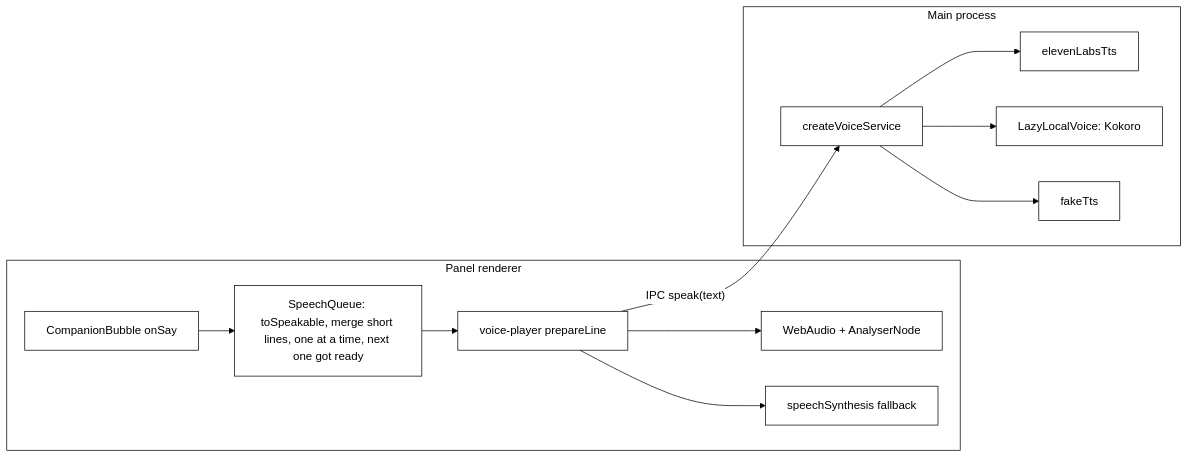
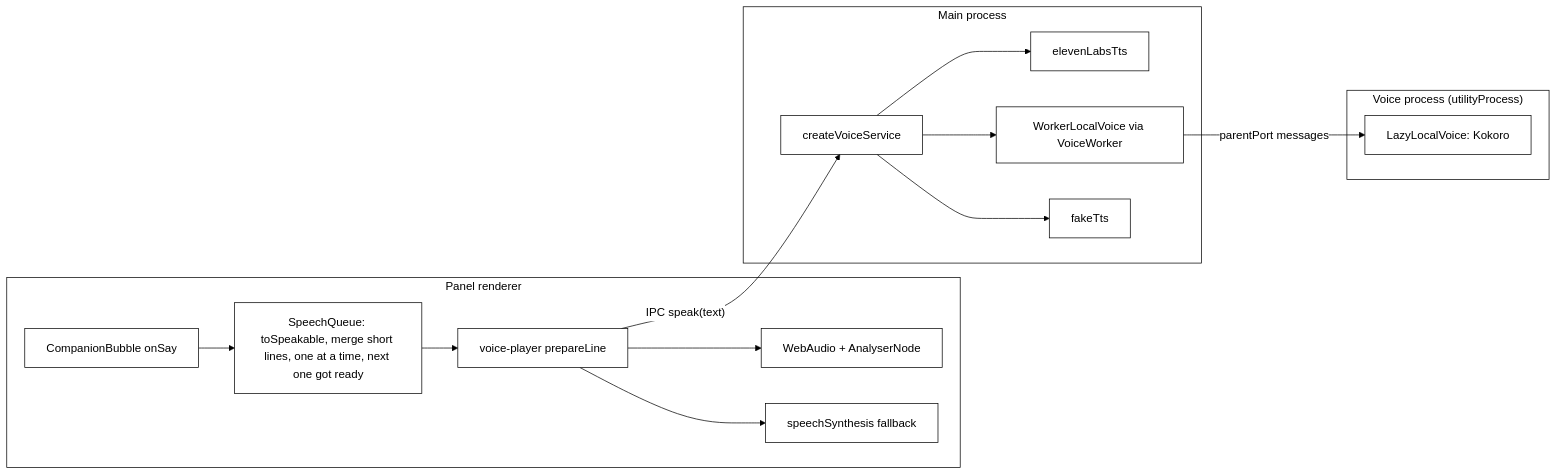
Before and after one commit to nadeem4/tagalong: diagram 12 of 13 in docs/architecture.md, drawn with Mermaid. The commit also changed other lines of this file and 10 other files, not shown here.

Commit message:
feat(desktop): Kokoro runs in a utility process, never in main

````diff
--- a/docs/architecture.md
+++ b/docs/architecture.md
@@ -1505,16 +1505,20 @@
 ```mermaid
 %%{init: {"theme": "base", "themeVariables": {"primaryColor": "#ffffff", "primaryTextColor": "#000000", "primaryBorderColor": "#000000", "lineColor": "#000000", "secondaryColor": "#ffffff", "tertiaryColor": "#ffffff", "background": "#ffffff", "clusterBkg": "#ffffff", "clusterBorder": "#000000"}}}%%
 flowchart LR
   subgraph Panel["Panel renderer"]
     CB["CompanionBubble onSay"] --> Q["SpeechQueue: toSpeakable, merge short lines, one at a time, next one got ready"]
     Q --> PL["voice-player prepareLine"]
     PL --> WA["WebAudio + AnalyserNode"]
     PL --> SS["speechSynthesis fallback"]
   end
   subgraph Main["Main process"]
     VS["createVoiceService"] --> EL["elevenLabsTts"]
-    VS --> KO["LazyLocalVoice: Kokoro"]
+    VS --> WL["WorkerLocalVoice via VoiceWorker"]
     VS --> FK["fakeTts"]
   end
+  subgraph VP["Voice process (utilityProcess)"]
+    KO["LazyLocalVoice: Kokoro"]
+  end
+  WL -- "parentPort messages" --> KO
   PL -- "IPC speak(text)" --> VS
 ```
````
